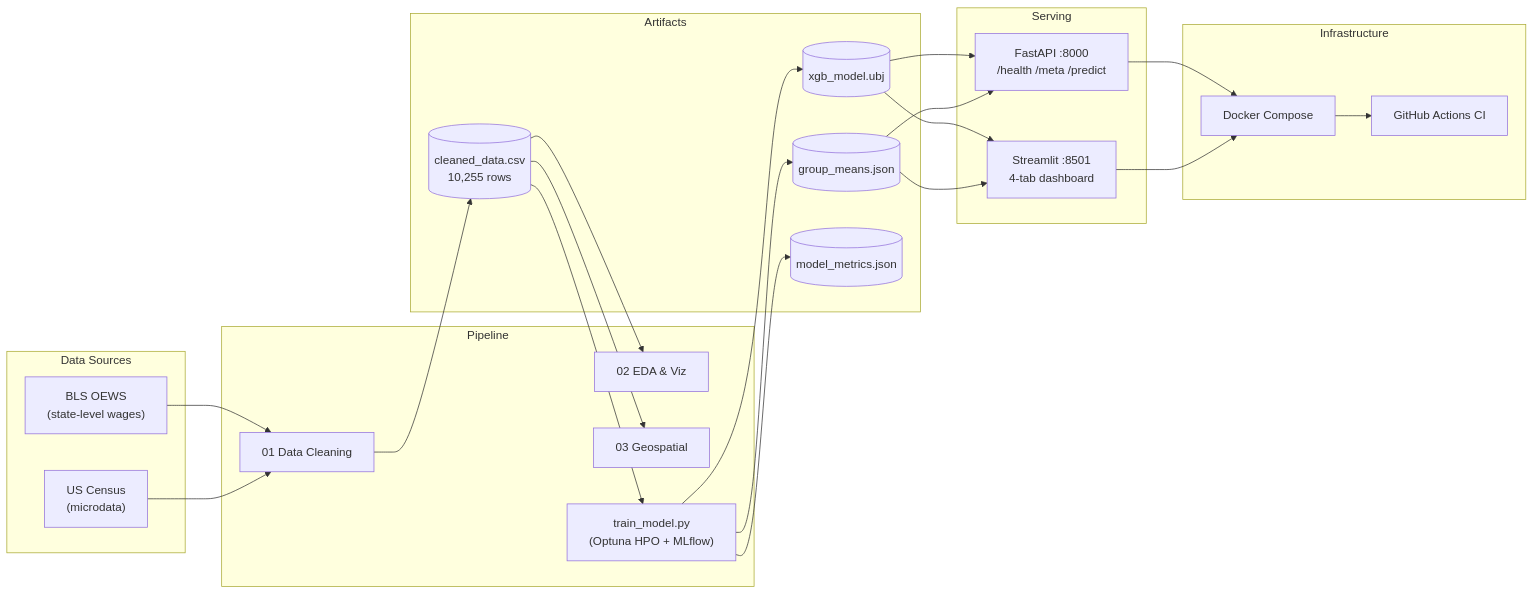
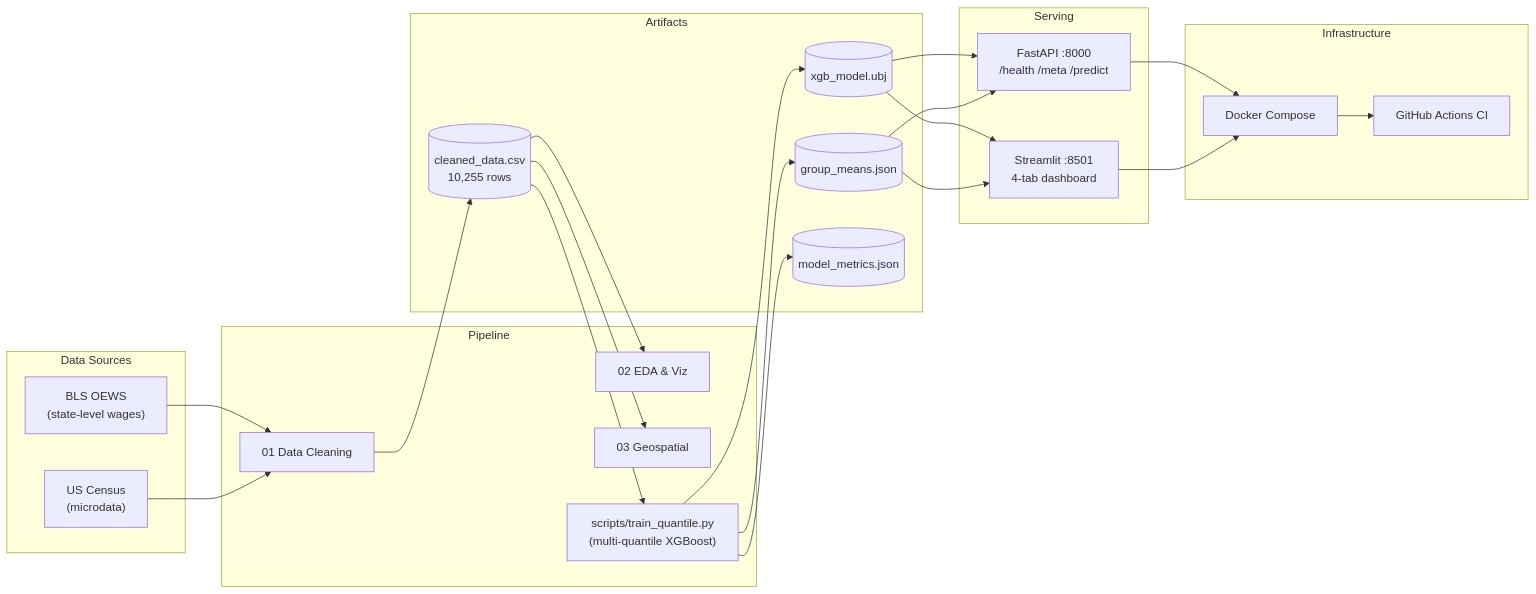
The diagram in README.md (MarwaBS/high-pay-salary-predictor), drawn with Mermaid before and after one commit. The commit also changed other lines of this file and 16 other files, not shown here.

First line of the commit message:
refactor: remove legacy point-estimate trainer and unify on quantile model

````diff
--- a/README.md
+++ b/README.md
@@ -73,48 +73,48 @@
 ```mermaid
 graph LR
     subgraph Data Sources
         BLS["BLS OEWS<br/>(state-level wages)"]
         Census["US Census<br/>(microdata)"]
     end
 
     subgraph Pipeline
         NB1["01 Data Cleaning"]
         NB2["02 EDA & Viz"]
         NB3["03 Geospatial"]
-        Train["train_model.py<br/>(Optuna HPO + MLflow)"]
+        Train["scripts/train_quantile.py<br/>(multi-quantile XGBoost)"]
     end
 
     subgraph Artifacts
         CSV[("cleaned_data.csv<br/>10,255 rows")]
         Model[("xgb_model.ubj")]
         Means[("group_means.json")]
         Metrics[("model_metrics.json")]
     end
 
     subgraph Serving
         API["FastAPI :8000<br/>/health /meta /predict"]
         Dash["Streamlit :8501<br/>4-tab dashboard"]
     end
 
     subgraph Infrastructure
         Docker["Docker Compose"]
         CI["GitHub Actions CI"]
     end
 
     BLS --> NB1
     Census --> NB1
     NB1 --> CSV
     CSV --> NB2
     CSV --> NB3
     CSV --> Train
     Train --> Model
     Train --> Means
     Train --> Metrics
     Model --> API
     Model --> Dash
     Means --> API
     Means --> Dash
     API --> Docker
     Dash --> Docker
     Docker --> CI
 ```
````
